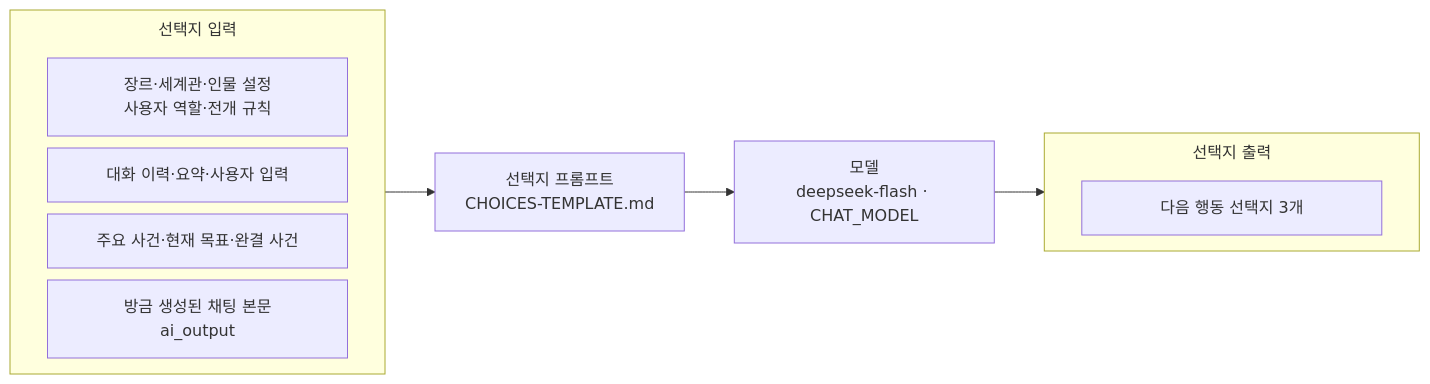
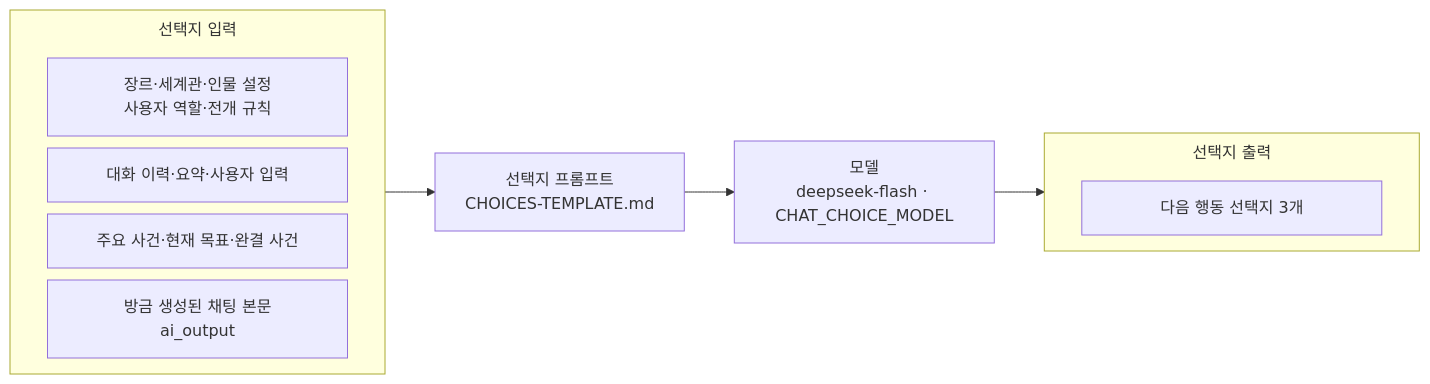
Before and after one commit to KIM-N-KANG/knk-harness: diagram 15 of 25 in docs/spec/5-ai-server-spec.md, drawn with Mermaid. The commit also changed other lines of this file and 2 other files, not shown here.

````diff
--- a/docs/spec/5-ai-server-spec.md
+++ b/docs/spec/5-ai-server-spec.md
@@ -620,20 +620,20 @@
 ```mermaid
 %%{init: {"flowchart": {"nodeSpacing": 12, "subGraphTitleMargin": {"top": 8, "bottom": 24}}}}%%
 flowchart LR
     subgraph C["선택지 입력"]
         direction LR
         C_item1["<div style='width:240px;text-align:center;'><span>장르·세계관·인물 설정<br/>사용자 역할·전개 규칙</span></div>"]
         C_item2["<div style='width:240px;text-align:center;'><span>대화 이력·요약·사용자 입력</span></div>"]
         C_item3["<div style='width:240px;text-align:center;'><span>주요 사건·현재 목표·완결 사건</span></div>"]
         C_item4["<div style='width:240px;text-align:center;'><span>방금 생성된 채팅 본문<br/>ai_output</span></div>"]
     end
     CP["선택지 프롬프트<br/>CHOICES-TEMPLATE.md"]
-    CM["모델<br/>deepseek-flash · CHAT_MODEL"]
+    CM["모델<br/>deepseek-flash · CHAT_CHOICE_MODEL"]
     subgraph CO["선택지 출력"]
         direction LR
         CO_item1["<div style='width:240px;text-align:center;'><span>다음 행동 선택지 3개</span></div>"]
     end
     C --> CP
     CP --> CM
     CM --> CO
 ```
````
